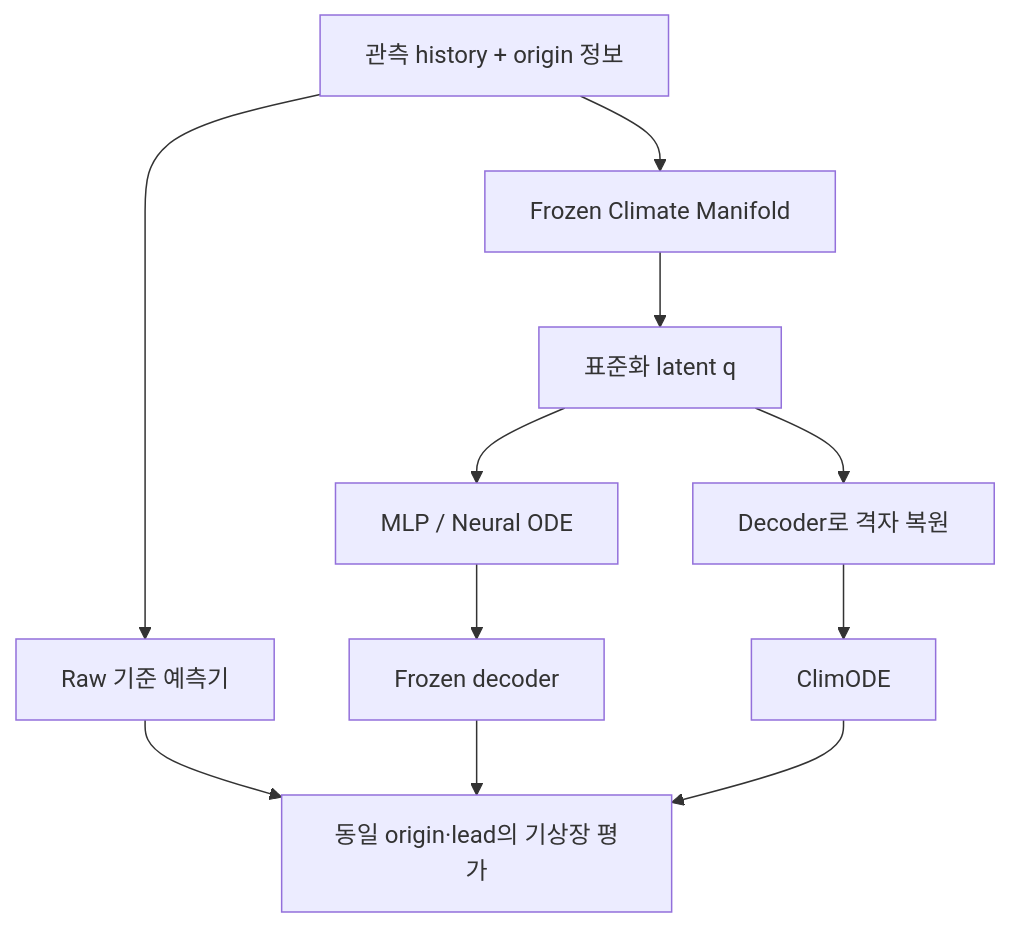
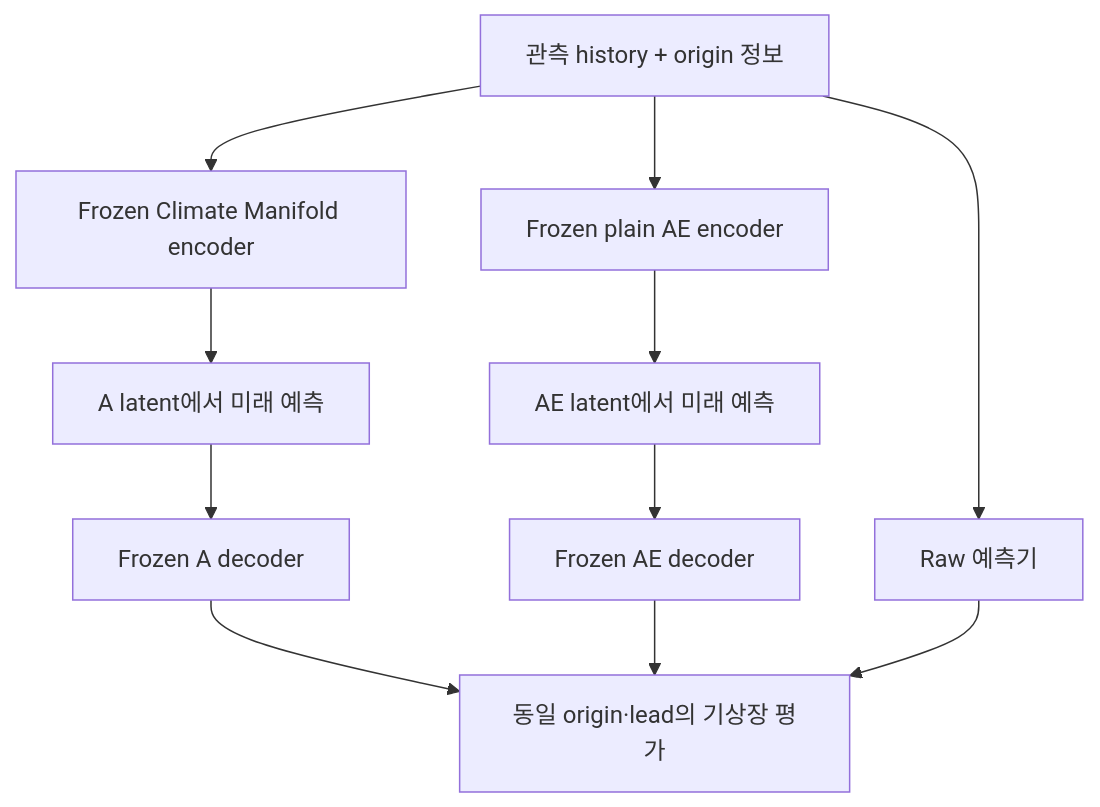
The diagram in docs/downstream.md (nayehyeon61-glitch/climate_manifold), drawn with Mermaid before and after one commit. The commit also changed other lines of this file and 15 other files, not shown here.

First line of the commit message:
Make frozen encoder-predictor-decoder the primary forecasting experiment

````diff
--- a/docs/downstream.md
+++ b/docs/downstream.md
@@ -17,13 +21,13 @@
 ```mermaid
 flowchart TD
-  X["관측 history + origin 정보"] --> A["Frozen Climate Manifold"]
-  X --> R["Raw 기준 예측기"]
-  A --> Z["표준화 latent q"]
-  Z --> N["MLP / Neural ODE"]
-  N --> D["Frozen decoder"]
-  Z --> G["Decoder로 격자 복원"]
-  G --> C["ClimODE"]
-  R --> E["동일 origin·lead의 기상장 평가"]
-  D --> E
-  C --> E
+  X["관측 history + origin 정보"] --> A["Frozen Climate Manifold encoder"]
+  X --> P["Frozen plain AE encoder"]
+  X --> R["Raw 예측기"]
+  A --> ZA["A latent에서 미래 예측"]
+  P --> ZP["AE latent에서 미래 예측"]
+  ZA --> DA["Frozen A decoder"]
+  ZP --> DP["Frozen AE decoder"]
+  DA --> E["동일 origin·lead의 기상장 평가"]
+  DP --> E
+  R --> E
 ```
````
